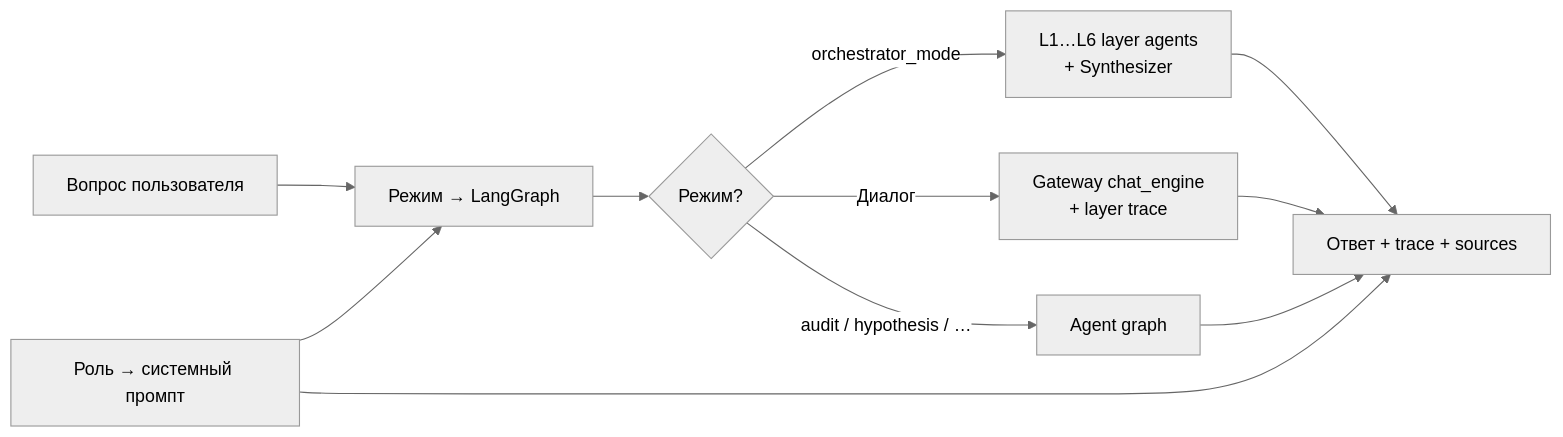
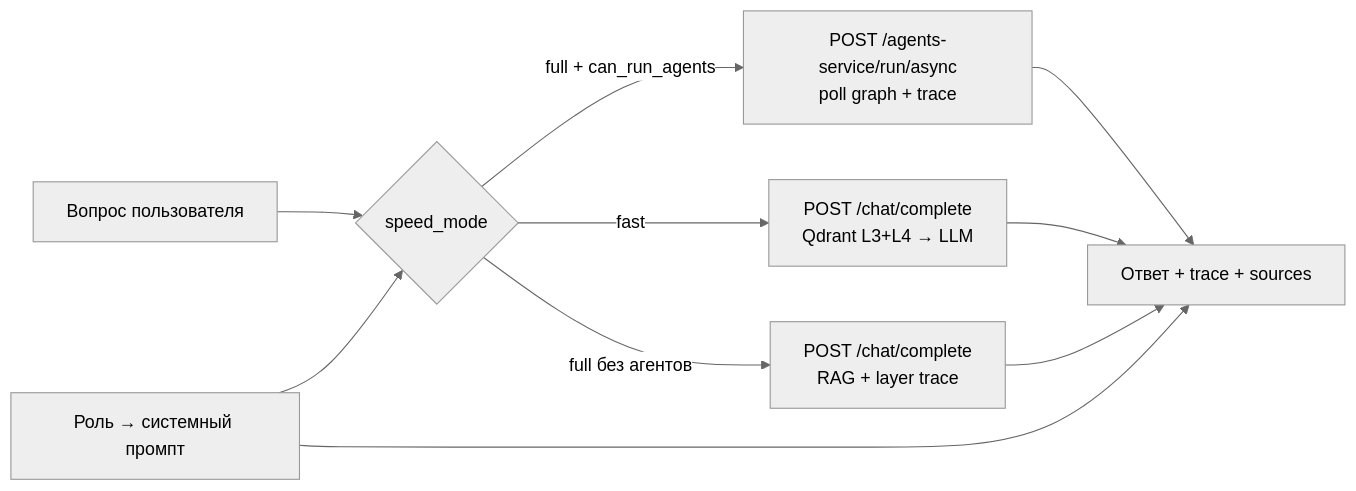
The second of 2 diagrams in Docs/23_agent_hierarchy.md (Pesimistixxx/NrnklKlubok), drawn with Mermaid (neutral theme) before and after one commit. The commit also changed other lines of this file and 50 other files, not shown here.

````diff
--- a/Docs/23_agent_hierarchy.md
+++ b/Docs/23_agent_hierarchy.md
@@ -110,16 +115,15 @@
 ```mermaid
 flowchart LR
   Q[Вопрос пользователя]
   R[Роль → системный промпт]
-  M[Режим → LangGraph]
-  Q --> M
-  R --> M
-  M --> D{Режим?}
-  D -->|Диалог| RAG[Gateway chat_engine<br/>+ layer trace]
-  D -->|orchestrator_mode| ORCH[L1…L6 layer agents<br/>+ Synthesizer]
-  D -->|audit / hypothesis / …| AG[Agent graph]
-  ORCH --> OUT[Ответ + trace + sources]
+  S{speed_mode}
+  Q --> S
+  R --> S
+  S -->|fast| FAST[POST /chat/complete<br/>Qdrant L3+L4 → LLM]
+  S -->|full + can_run_agents| ASYNC[POST /agents-service/run/async<br/>poll graph + trace]
+  S -->|full без агентов| RAG[POST /chat/complete<br/>RAG + layer trace]
+  ASYNC --> OUT[Ответ + trace + sources]
+  FAST --> OUT
   RAG --> OUT
-  AG --> OUT
   R --> OUT
 ```
````
